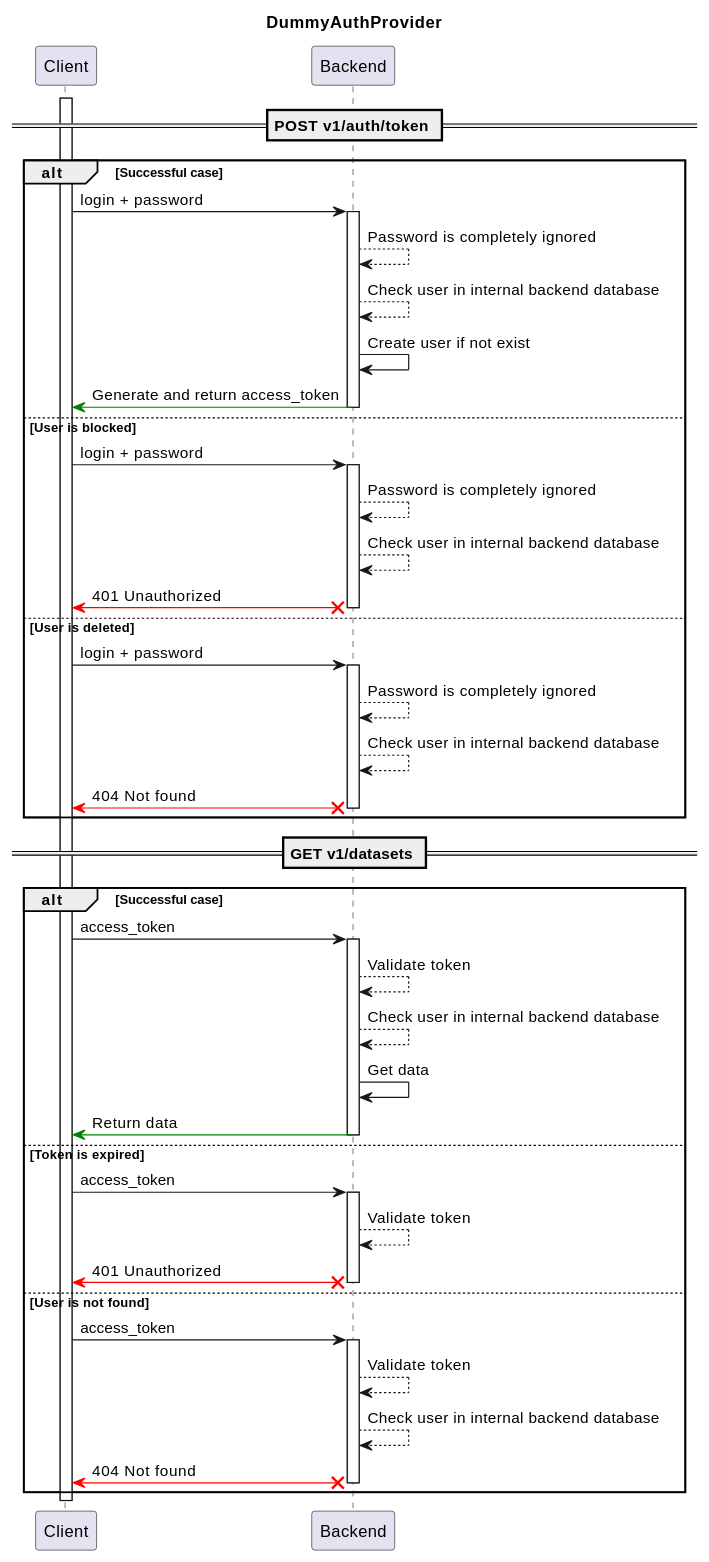
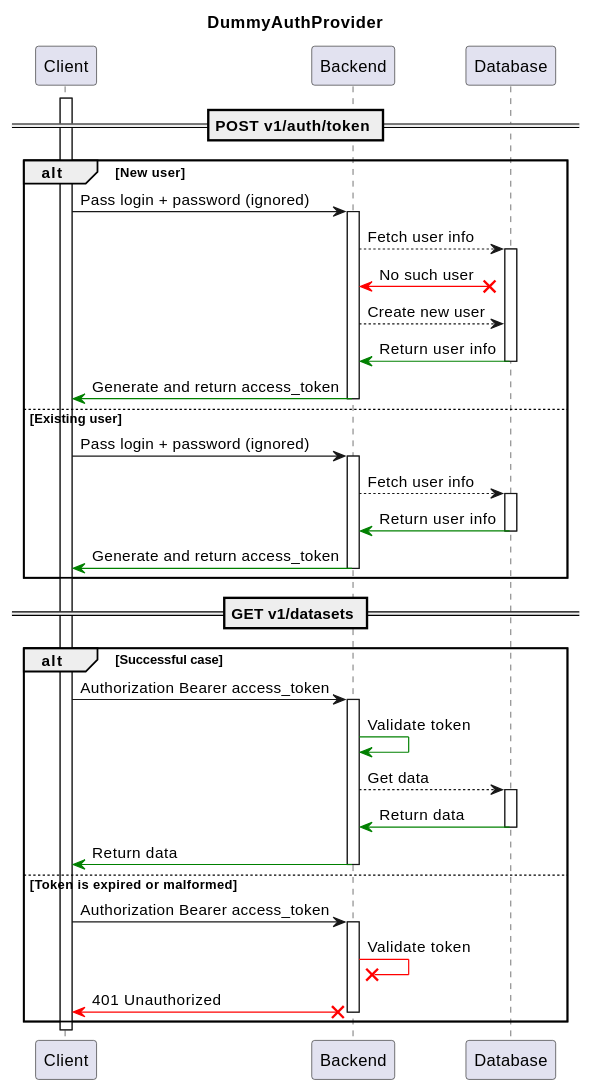
The diagram in docs/reference/server/auth/dummy.rst (MobileTeleSystems/data-rentgen), drawn with PlantUML before and after one commit. The commit also changed other lines of this file, not shown here.

Commit message:
[DOP-28075] Fix DummyAuth interaction schema docs

```diff
--- a/docs/reference/server/auth/dummy.rst
+++ b/docs/reference/server/auth/dummy.rst
@@ -18,53 +20,43 @@
     .. plantuml::
 
         @startuml
             title DummyAuthProvider
             participant "Client"
             participant "Backend"
+            participant "Database"
 
             == POST v1/auth/token ==
 
             activate "Client"
-            alt Successful case
-                "Client" -> "Backend" ++ : login + password
-                "Backend" --> "Backend" : Password is completely ignored
-                "Backend" --> "Backend" : Check user in internal backend database
-                "Backend" -> "Backend" : Create user if not exist
+            alt New user
+                "Client" -> "Backend" ++ : Pass login + password (ignored)
+                "Backend" --> "Database" ++ : Fetch user info
+                "Database" x-[#red]> "Backend" : No such user
+                "Backend" --> "Database" : Create new user
+                "Database" -[#green]> "Backend" -- : Return user info
                 "Backend" -[#green]> "Client" -- : Generate and return access_token
 
-            else User is blocked
-                "Client" -> "Backend" ++ : login + password
-                "Backend" --> "Backend" : Password is completely ignored
-                "Backend" --> "Backend" : Check user in internal backend database
-                "Backend" x-[#red]> "Client" -- : 401 Unauthorized
-
-            else User is deleted
-                "Client" -> "Backend" ++ : login + password
-                "Backend" --> "Backend" : Password is completely ignored
-                "Backend" --> "Backend" : Check user in internal backend database
-                "Backend" x-[#red]> "Client" -- : 404 Not found
+            else Existing user
+                "Client" -> "Backend" ++ : Pass login + password (ignored)
+                "Backend" --> "Database" ++ : Fetch user info
+                "Database" -[#green]> "Backend" -- : Return user info
+                "Backend" -[#green]> "Client" -- : Generate and return access_token
             end
 
             == GET v1/datasets ==
 
             alt Successful case
-                "Client" -> "Backend" ++ : access_token
-                "Backend" --> "Backend" : Validate token
-                "Backend" --> "Backend" : Check user in internal backend database
-                "Backend" -> "Backend" : Get data
+                "Client" -> "Backend" ++ : Authorization Bearer access_token
+                "Backend" -[#green]> "Backend" : Validate token
+                "Backend" --> "Database" ++ : Get data
+                "Database" -[#green]> "Backend" -- : Return data
                 "Backend" -[#green]> "Client" -- : Return data
 
-            else Token is expired
-                "Client" -> "Backend" ++ : access_token
-                "Backend" --> "Backend" : Validate token
+            else Token is expired or malformed
+                "Client" -> "Backend" ++ : Authorization Bearer access_token
+                "Backend" -[#red]x "Backend" : Validate token
                 "Backend" x-[#red]> "Client" -- : 401 Unauthorized
-
-            else User is not found
-                "Client" -> "Backend" ++ : access_token
-                "Backend" --> "Backend" : Validate token
-                "Backend" --> "Backend" : Check user in internal backend database
-                "Backend" x-[#red]> "Client" -- : 404 Not found
             end
 
             deactivate "Client"
         @enduml
```
